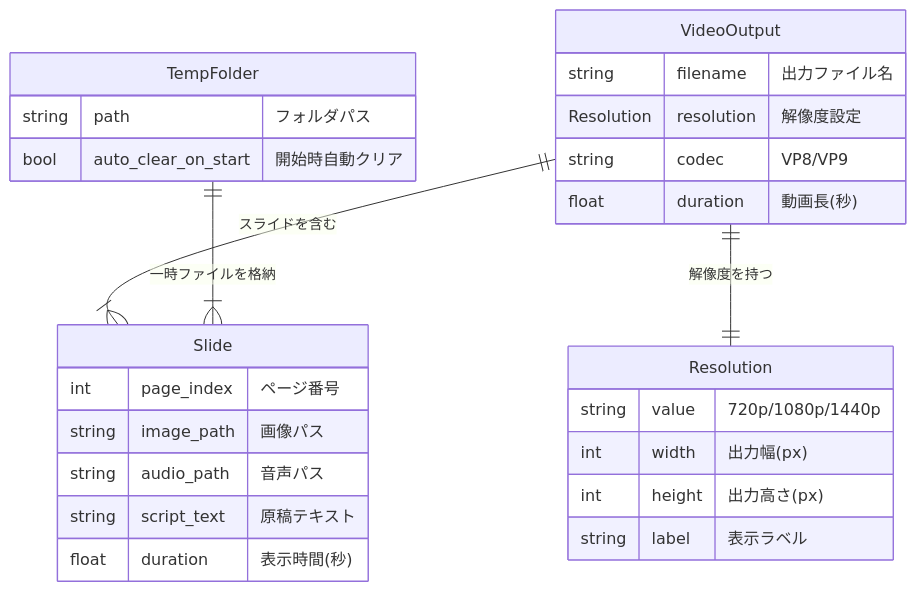
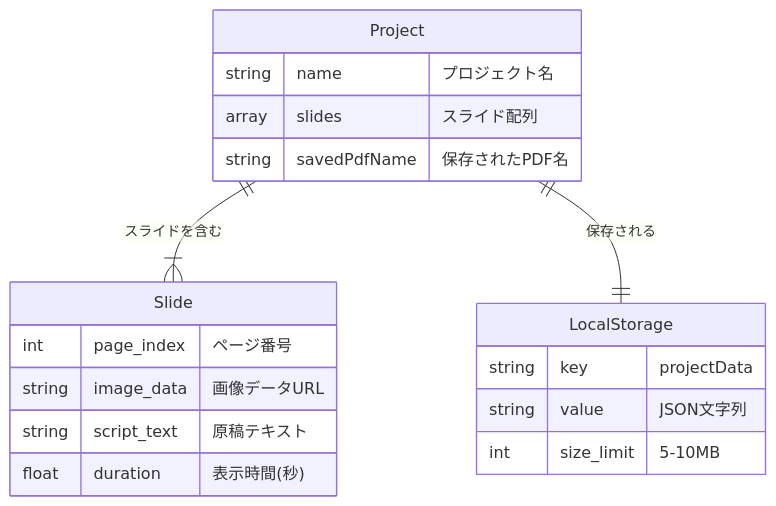
Before and after one commit to J1921604/Slide-Voice-Maker_standalone: the third of 3 diagrams in specs/001-Slide-Voice-Maker/spec.md, drawn with Mermaid. The commit also changed other lines of this file and 29 other files, not shown here.

````diff
--- a/specs/001-Slide-Voice-Maker/spec.md
+++ b/specs/001-Slide-Voice-Maker/spec.md
@@ -178,33 +139,24 @@
 ```mermaid
 erDiagram
-    Resolution {
-        string value "720p/1080p/1440p"
-        int width "出力幅(px)"
-        int height "出力高さ(px)"
-        string label "表示ラベル"
-    }
-
-    TempFolder {
-        string path "フォルダパス"
-        bool auto_clear_on_start "開始時自動クリア"
-    }
-
-    VideoOutput {
-        string filename "出力ファイル名"
-        Resolution resolution "解像度設定"
-        string codec "VP8/VP9"
-        float duration "動画長(秒)"
+    Project {
+        string name "プロジェクト名"
+        array slides "スライド配列"
+        string savedPdfName "保存されたPDF名"
     }
 
     Slide {
         int page_index "ページ番号"
-        string image_path "画像パス"
-        string audio_path "音声パス"
+        string image_data "画像データURL"
         string script_text "原稿テキスト"
         float duration "表示時間(秒)"
     }
 
-    VideoOutput ||--|| Resolution : "解像度を持つ"
-    VideoOutput ||--|{ Slide : "スライドを含む"
-    TempFolder ||--|{ Slide : "一時ファイルを格納"
+    LocalStorage {
+        string key "projectData"
+        string value "JSON文字列"
+        int size_limit "5-10MB"
+    }
+
+    Project ||--|{ Slide : "スライドを含む"
+    Project ||--|| LocalStorage : "保存される"
 ```
````
